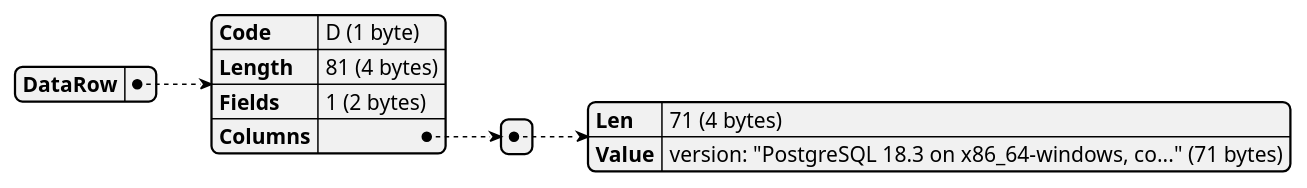
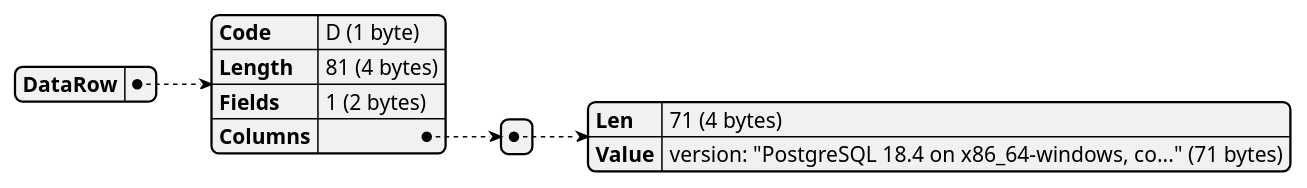
Diagram 15 of 26 in docs/examples/exports/pagila-00-startup-handshake-startup-authentication-parameterstatus-readyforquery/capture.plantuml.pkt.md (xfischer/pg_protoexport), drawn with PlantUML before and after one commit. The commit also changed other lines of this file and 135 other files, not shown here.

````diff
--- a/docs/examples/exports/pagila-00-startup-handshake-startup-authentication-parameterstatus-readyforquery/capture.plantuml.pkt.md
+++ b/docs/examples/exports/pagila-00-startup-handshake-startup-authentication-parameterstatus-readyforquery/capture.plantuml.pkt.md
@@ -255,17 +255,17 @@
 ```plantuml
 @startjson
 {
   "DataRow": {
     "Code": "D (1 byte)",
     "Length": "81 (4 bytes)",
     "Fields": "1 (2 bytes)",
     "Columns": [
       {
         "Len": "71 (4 bytes)",
-        "Value": "version: \"PostgreSQL 18.3 on x86_64-windows, co...\" (71 bytes)"
+        "Value": "version: \"PostgreSQL 18.4 on x86_64-windows, co...\" (71 bytes)"
       }
     ]
   }
 }
 @endjson
 ```
````
